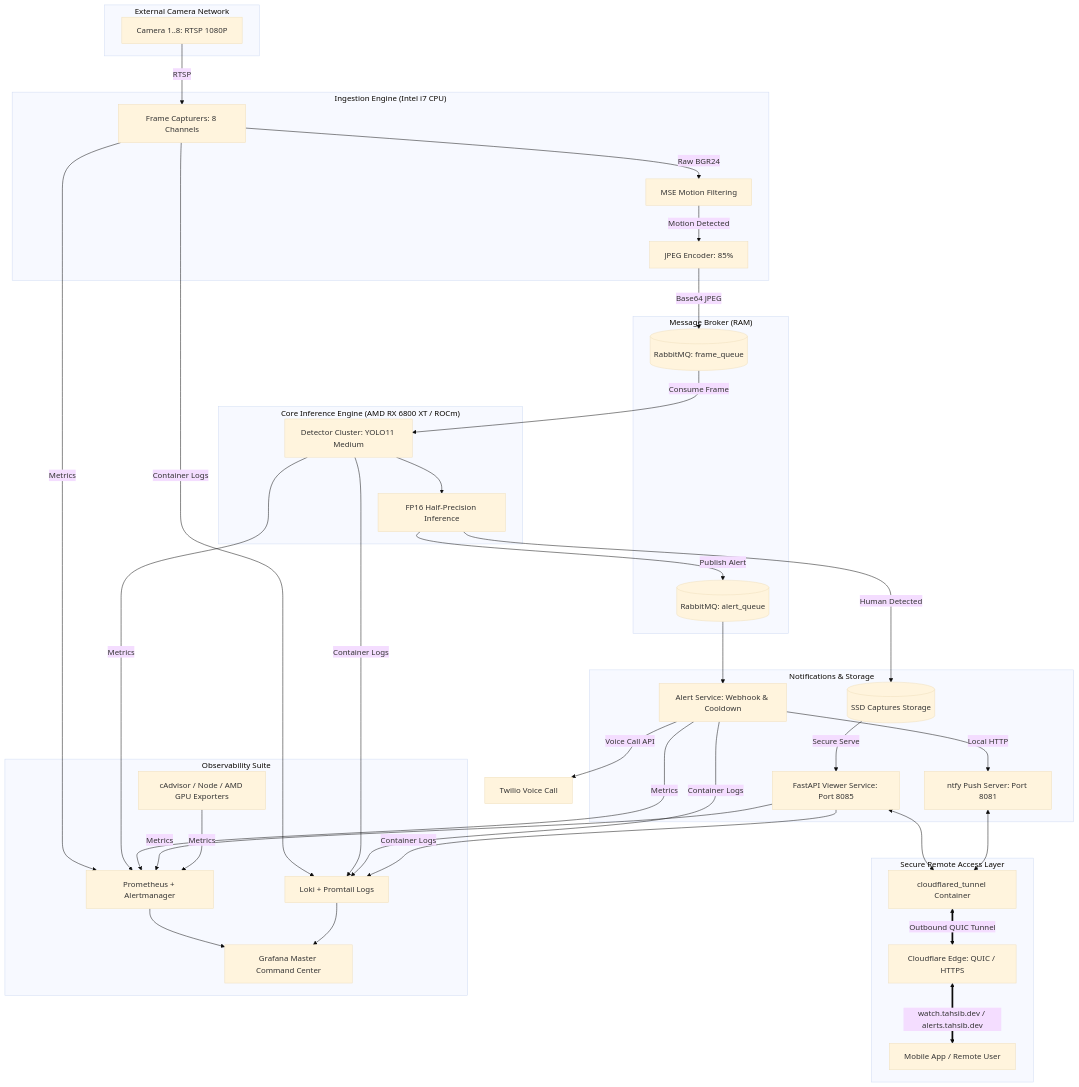
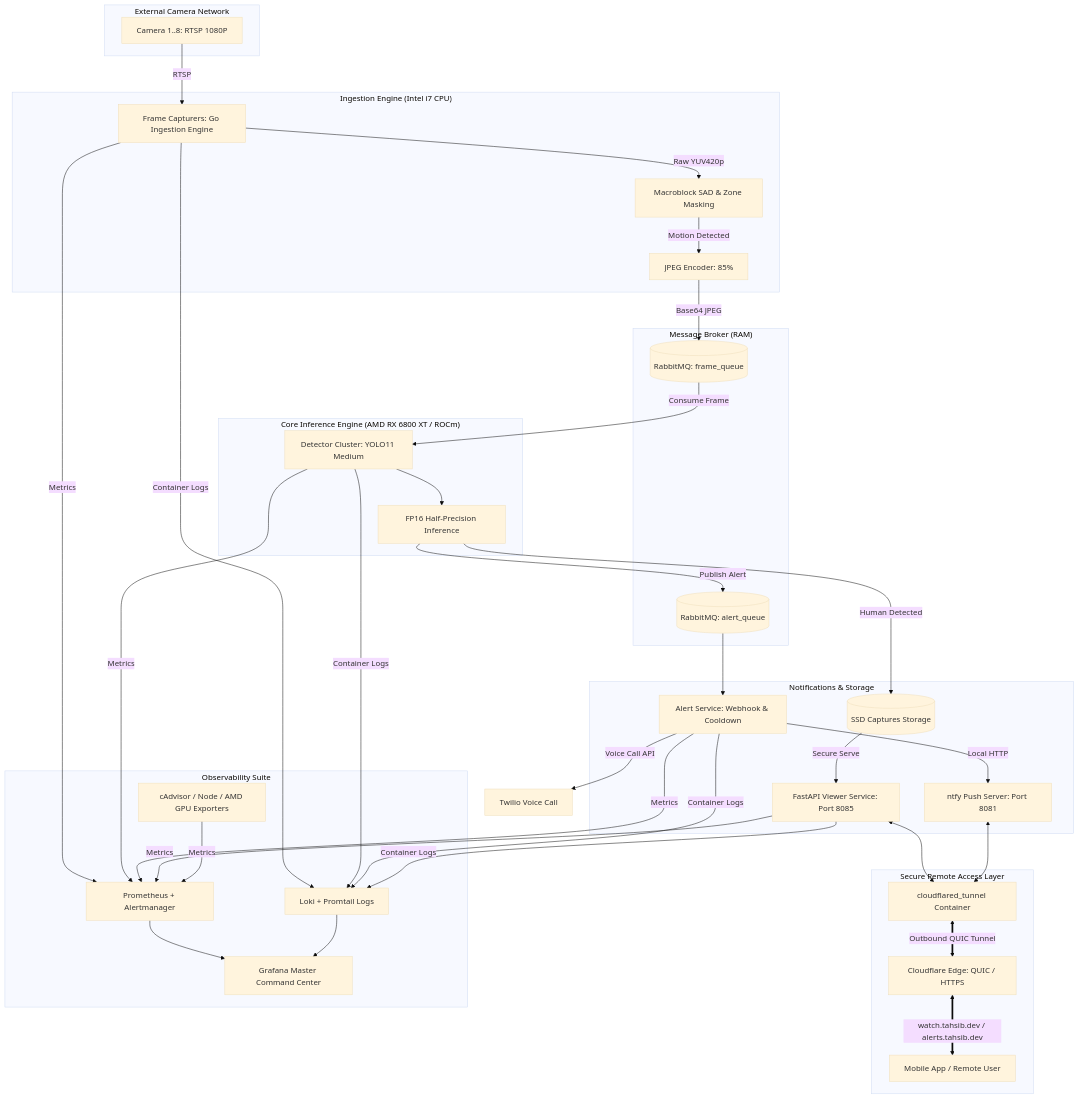
The diagram in README.md (Tahsib/IntruderWatch), drawn with Mermaid (base theme) before and after one commit. The commit also changed other lines of this file and 1 other file, not shown here.

Commit message:
docs(architecture): update ingestion engine specifications and diagrams for Go rewrite

````diff
--- a/README.md
+++ b/README.md
@@ -9,70 +9,70 @@
 ```mermaid
 graph TD
     subgraph "External Camera Network"
         C1[Camera 1..8: RTSP 1080P]
     end
 
     subgraph "Ingestion Engine (Intel i7 CPU)"
-        FC[Frame Capturers: 8 Channels]
-        MSE[MSE Motion Filtering]
-        ENC[JPEG Encoder: 85%]
+        FC["Frame Capturers: Go Ingestion Engine"]
+        MB["Macroblock SAD & Zone Masking"]
+        ENC["JPEG Encoder: 85%"]
     end
 
     subgraph "Message Broker (RAM)"
         RMQ_F[(RabbitMQ: frame_queue)]
         RMQ_A[(RabbitMQ: alert_queue)]
     end
 
     subgraph "Core Inference Engine (AMD RX 6800 XT / ROCm)"
         DET[Detector Cluster: YOLO11 Medium]
         FP16[FP16 Half-Precision Inference]
     end
 
     subgraph "Notifications & Storage"
         DISK[(SSD Captures Storage)]
         VIEW[FastAPI Viewer Service: Port 8085]
         NTFY[ntfy Push Server: Port 8081]
         ALRT[Alert Service: Webhook & Cooldown]
     end
 
     subgraph "Secure Remote Access Layer"
         TUNNEL[cloudflared_tunnel Container]
         CF[Cloudflare Edge: QUIC / HTTPS]
         PHONE[Mobile App / Remote User]
     end
 
     subgraph "Observability Suite"
         PROM[Prometheus + Alertmanager]
         GRAF[Grafana Master Command Center]
         LOKI[Loki + Promtail Logs]
         EXP[cAdvisor / Node / AMD GPU Exporters]
     end
 
     %% Ingestion Flow
     C1 -- "RTSP" --> FC
-    FC -- "Raw BGR24" --> MSE
-    MSE -- "Motion Detected" --> ENC
+    FC -- "Raw YUV420p" --> MB
+    MB -- "Motion Detected" --> ENC
     ENC -- "Base64 JPEG" --> RMQ_F
 
     %% Detection Flow
     RMQ_F -- "Consume Frame" --> DET
     DET --> FP16
     FP16 -- "Human Detected" --> DISK
     FP16 -- "Publish Alert" --> RMQ_A
 
     %% Alerting Flow
     RMQ_A --> ALRT
     ALRT -- "Local HTTP" --> NTFY
     ALRT -- "Voice Call API" --> TWILIO[Twilio Voice Call]
 
     %% Remote Access Flow
     DISK -- "Secure Serve" --> VIEW
     VIEW & NTFY <--> TUNNEL
     TUNNEL <== "Outbound QUIC Tunnel" ==> CF
     CF <== "watch.tahsib.dev / alerts.tahsib.dev" ==> PHONE
 
     %% Observability Flow
     FC & DET & ALRT & VIEW & EXP -- "Metrics" --> PROM
     FC & DET & ALRT & VIEW -- "Container Logs" --> LOKI
     PROM & LOKI --> GRAF
 ```
````
